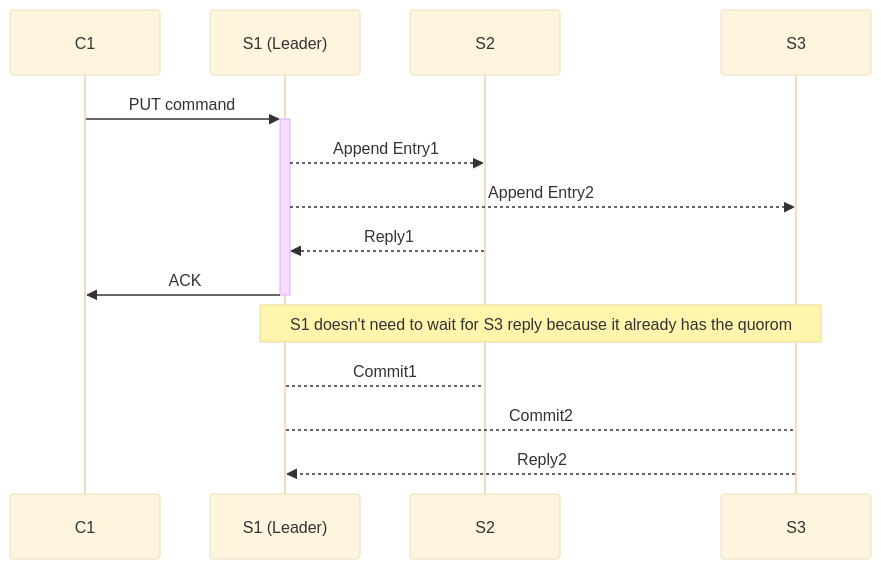
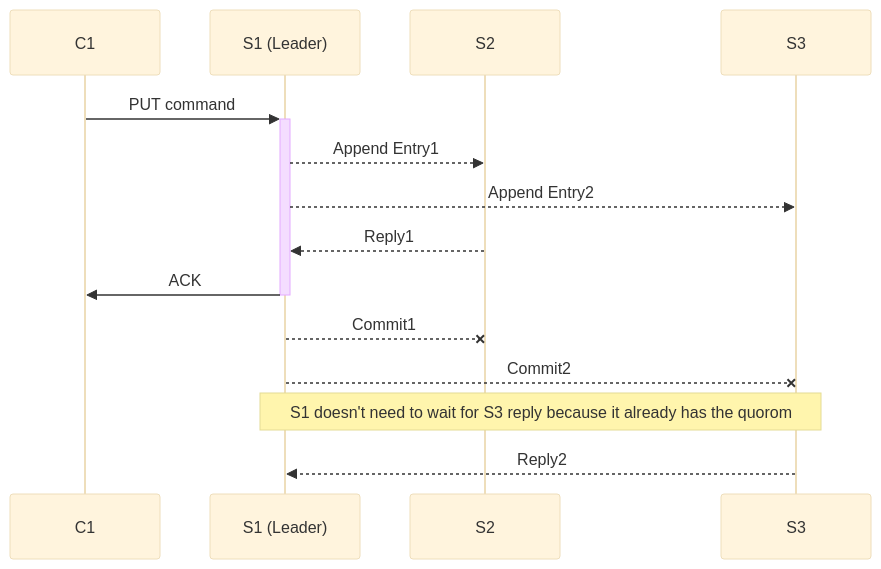
The third of 3 diagrams in MIT - Lec 6 - Raft (1).md (zanymuzik/notes), drawn with Mermaid (base theme) before and after one commit. The commit also changed other lines of this file, not shown here.

````diff
--- a/MIT - Lec 6 - Raft (1).md
+++ b/MIT - Lec 6 - Raft (1).md
@@ -109,13 +109,13 @@
 ```mermaid
 sequenceDiagram
 C1->>+S1: PUT command
 participant S1 as S1 (Leader)
 S1-->>S2: Append Entry1
 S1-->>S3: Append Entry2
 S2-->>S1: Reply1
 S1->>-C1: ACK
+S1--xS2 : Commit1
+S1--xS3 : Commit2
 Note over S1,S3: S1 doesn't need to wait for S3 reply because it already has the quorom
-S1-->S2 : Commit1
-S1-->S3 : Commit2
 S3-->>S1: Reply2
 ```
````
